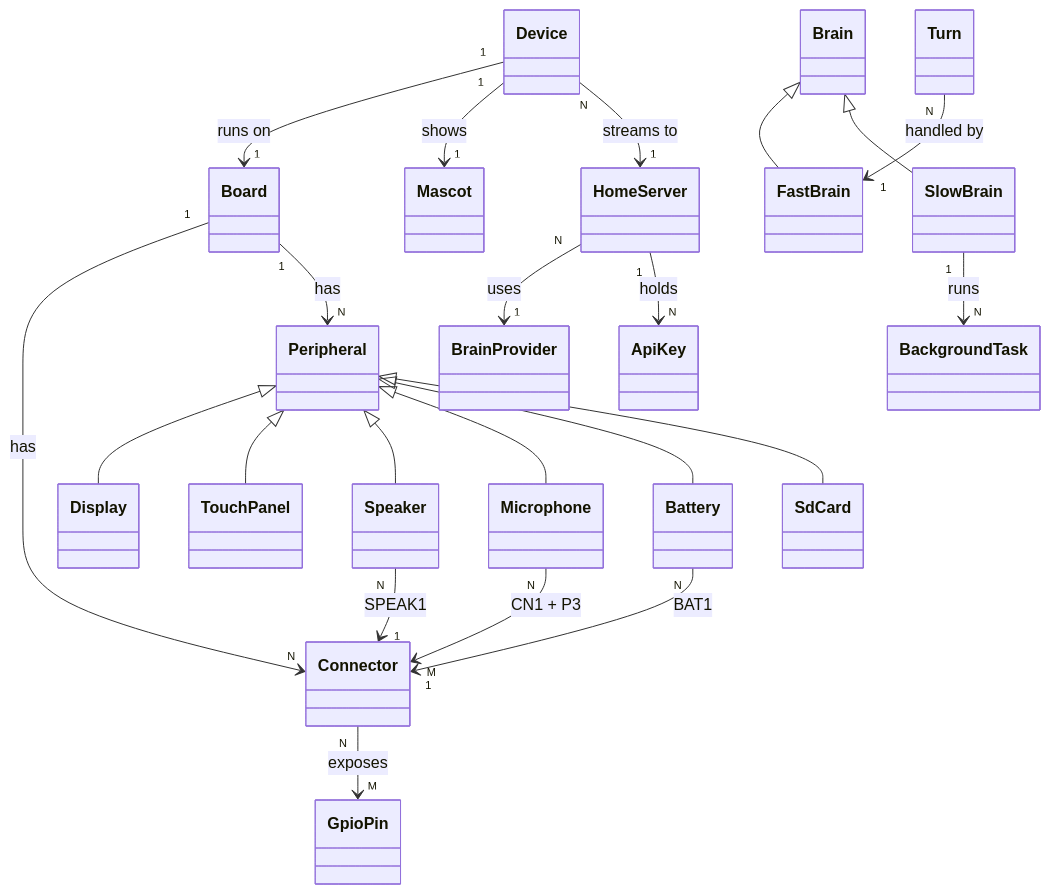
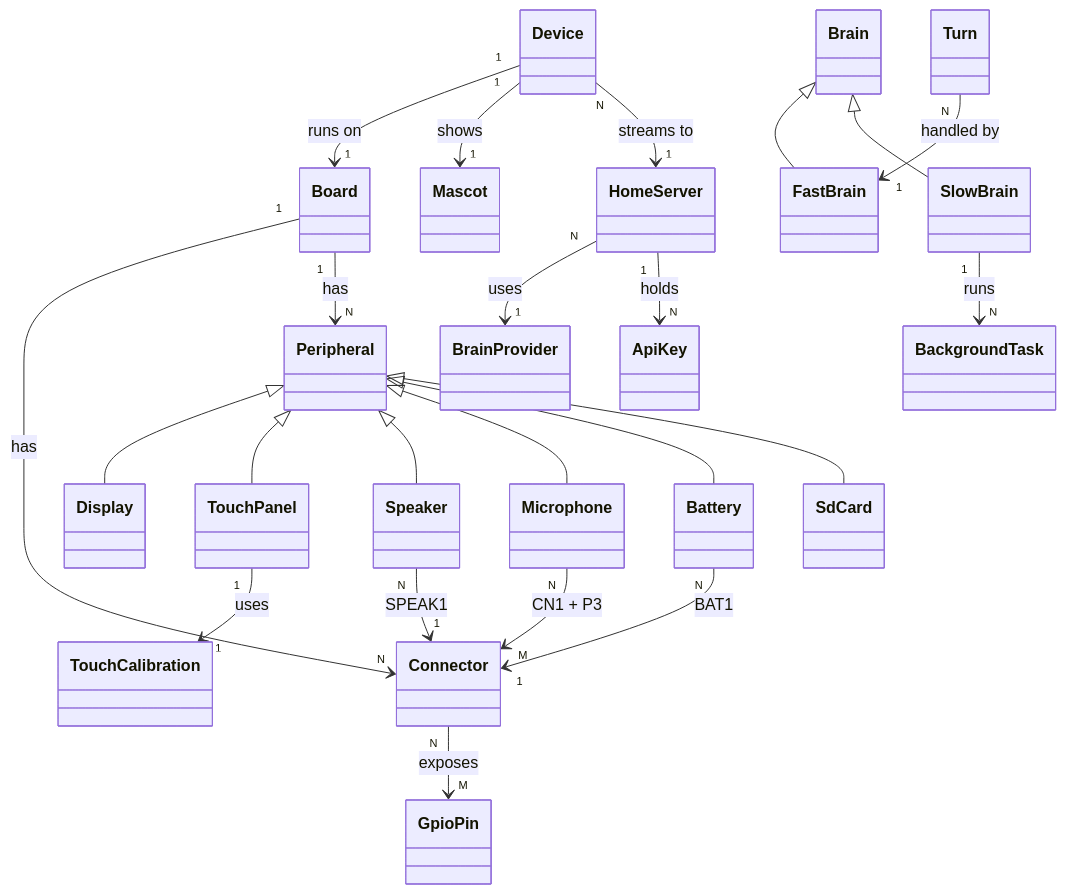
One commit to byteofcuong/byteofesp32 changed the first of 3 diagrams in .claude/ontology/ontology.md. Above: the diagram before and after it, drawn with Mermaid. The commit also changed other lines of this file and 12 other files, not shown here.

````diff
--- a/.claude/ontology/ontology.md
+++ b/.claude/ontology/ontology.md
@@ -13,24 +13,25 @@
 ```mermaid
 classDiagram
   Board "1" --> "N" Connector : has
   Board "1" --> "N" Peripheral : has
   Connector "N" --> "M" GpioPin : exposes
   Peripheral <|-- Display
   Peripheral <|-- TouchPanel
   Peripheral <|-- Speaker
   Peripheral <|-- Microphone
   Peripheral <|-- Battery
   Peripheral <|-- SdCard
   Speaker "N" --> "1" Connector : SPEAK1
   Battery "N" --> "1" Connector : BAT1
+  TouchPanel "1" --> "1" TouchCalibration : uses
   Microphone "N" --> "M" Connector : CN1 + P3
   Device "1" --> "1" Board : runs on
   Device "1" --> "1" Mascot : shows
   Device "N" --> "1" HomeServer : streams to
   HomeServer "N" --> "1" BrainProvider : uses
   HomeServer "1" --> "N" ApiKey : holds
   Brain <|-- FastBrain
   Brain <|-- SlowBrain
   Turn "N" --> "1" FastBrain : handled by
   SlowBrain "1" --> "N" BackgroundTask : runs
 ```
````
